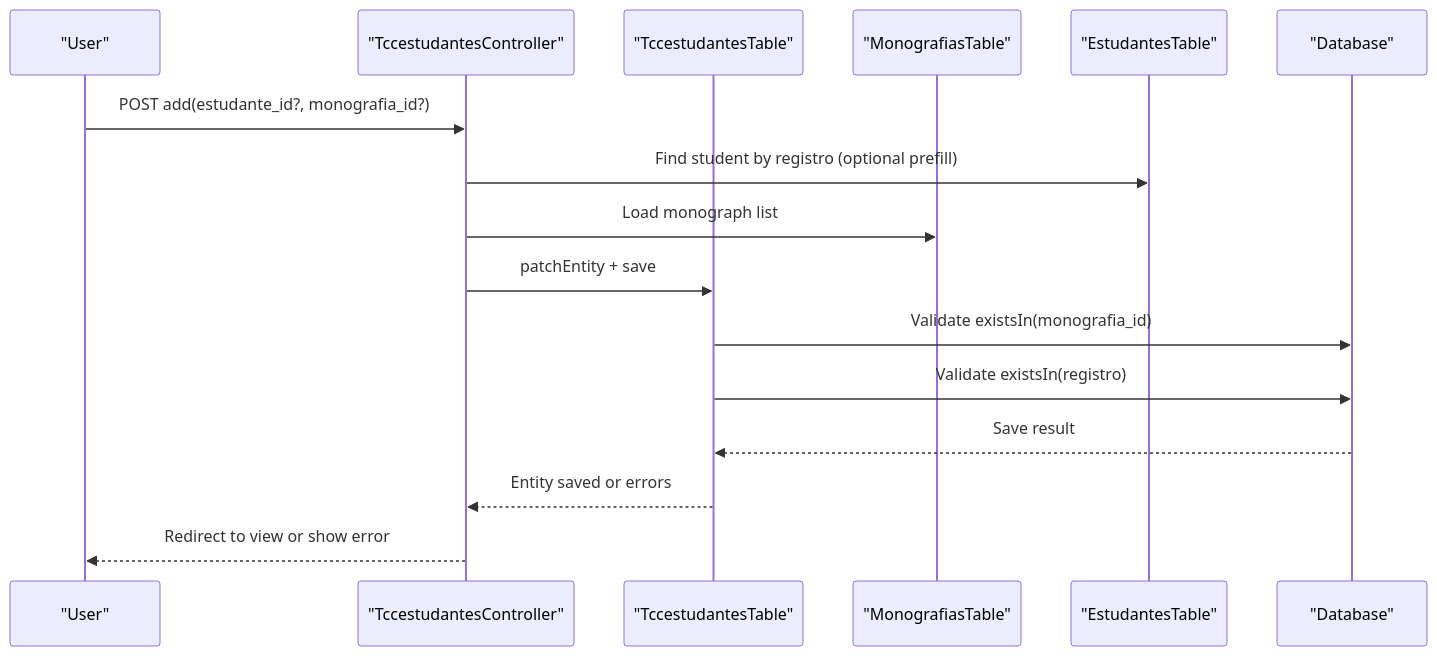
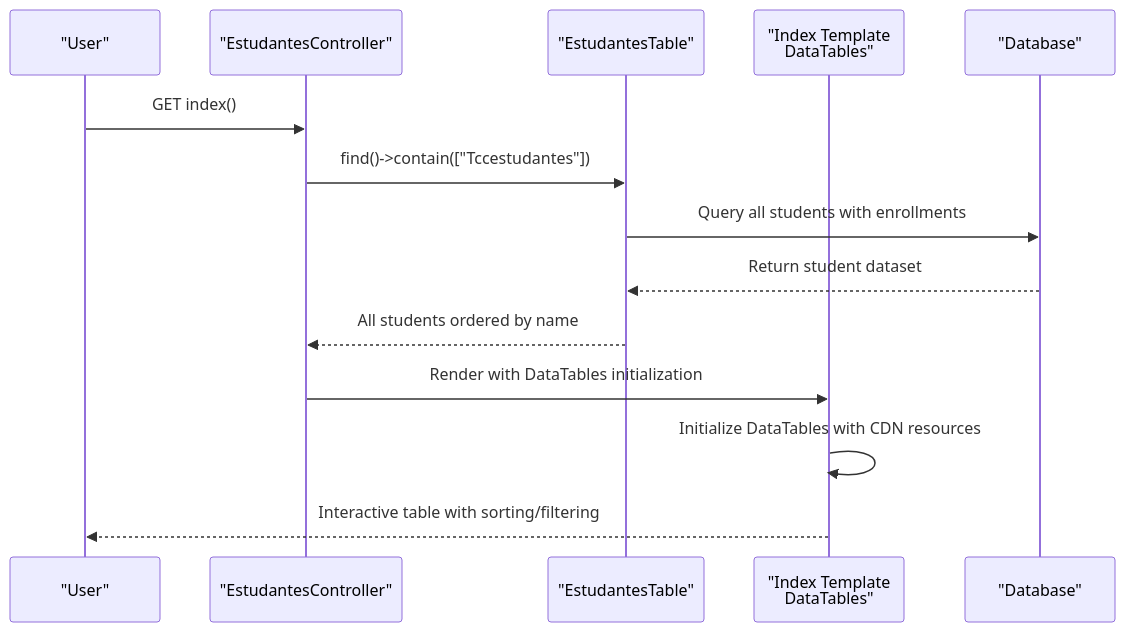
One commit to luiseduacosta/tcc4 changed the second of 9 diagrams in .qoder/repowiki/en/content/Student Management.md. Above: the diagram before and after it, drawn with Mermaid. The commit also changed other lines of this file and 5 other files, not shown here.

````diff
--- a/.qoder/repowiki/en/content/Student Management.md
+++ b/.qoder/repowiki/en/content/Student Management.md
@@ -127,18 +139,16 @@
 ```mermaid
 sequenceDiagram
 participant U as "User"
-participant C as "TccestudantesController"
-participant T as "TccestudantesTable"
-participant M as "MonografiasTable"
-participant S as "EstudantesTable"
+participant C as "EstudantesController"
+participant T as "EstudantesTable"
+participant V as "Index Template<br/>DataTables"
 participant DB as "Database"
-U->>C : POST add(estudante_id?, monografia_id?)
-C->>S : Find student by registro (optional prefill)
-C->>M : Load monograph list
-C->>T : patchEntity + save
-T->>DB : Validate existsIn(monografia_id)
-T->>DB : Validate existsIn(registro)
-DB-->>T : Save result
-T-->>C : Entity saved or errors
-C-->>U : Redirect to view or show error
+U->>C : GET index()
+C->>T : find()->contain(["Tccestudantes"])
+T->>DB : Query all students with enrollments
+DB-->>T : Return student dataset
+T-->>C : All students ordered by name
+C->>V : Render with DataTables initialization
+V->>V : Initialize DataTables with CDN resources
+V-->>U : Interactive table with sorting/filtering
 ```
````
